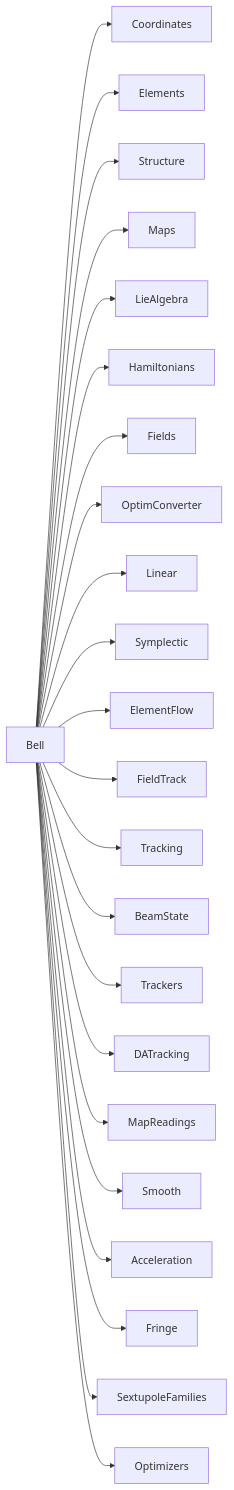
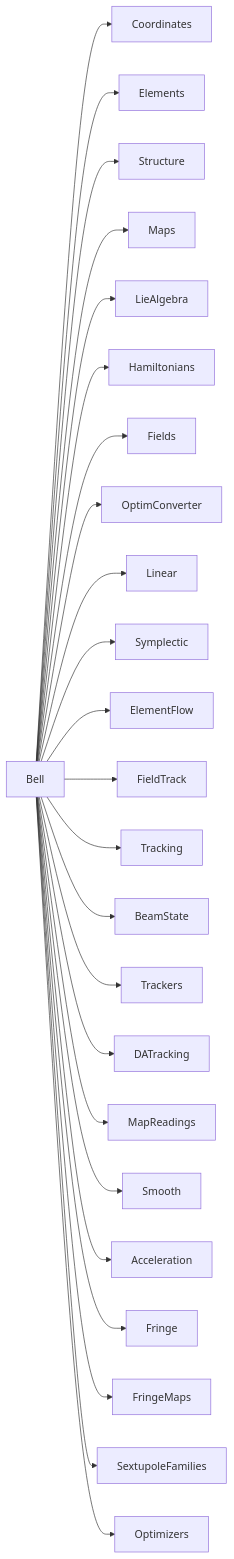
The second of 2 diagrams in src/README.md (sergeybell/BELL), drawn with Mermaid before and after one commit. The commit also changed other lines of this file and 16 other files, not shown here.

First line of the commit message:
refactor: split the fringe model from its edge maps (#42)

````diff
--- a/src/README.md
+++ b/src/README.md
@@ -164,25 +169,26 @@
 ```mermaid
 flowchart LR
   Bell --> Coordinates
   Bell --> Elements
   Bell --> Structure
   Bell --> Maps
   Bell --> LieAlgebra
   Bell --> Hamiltonians
   Bell --> Fields
   Bell --> OptimConverter
   Bell --> Linear
   Bell --> Symplectic
   Bell --> ElementFlow
   Bell --> FieldTrack
   Bell --> Tracking
   Bell --> BeamState
   Bell --> Trackers
   Bell --> DATracking
   Bell --> MapReadings
   Bell --> Smooth
   Bell --> Acceleration
   Bell --> Fringe
+  Bell --> FringeMaps
   Bell --> SextupoleFamilies
   Bell --> Optimizers
 ```
````
